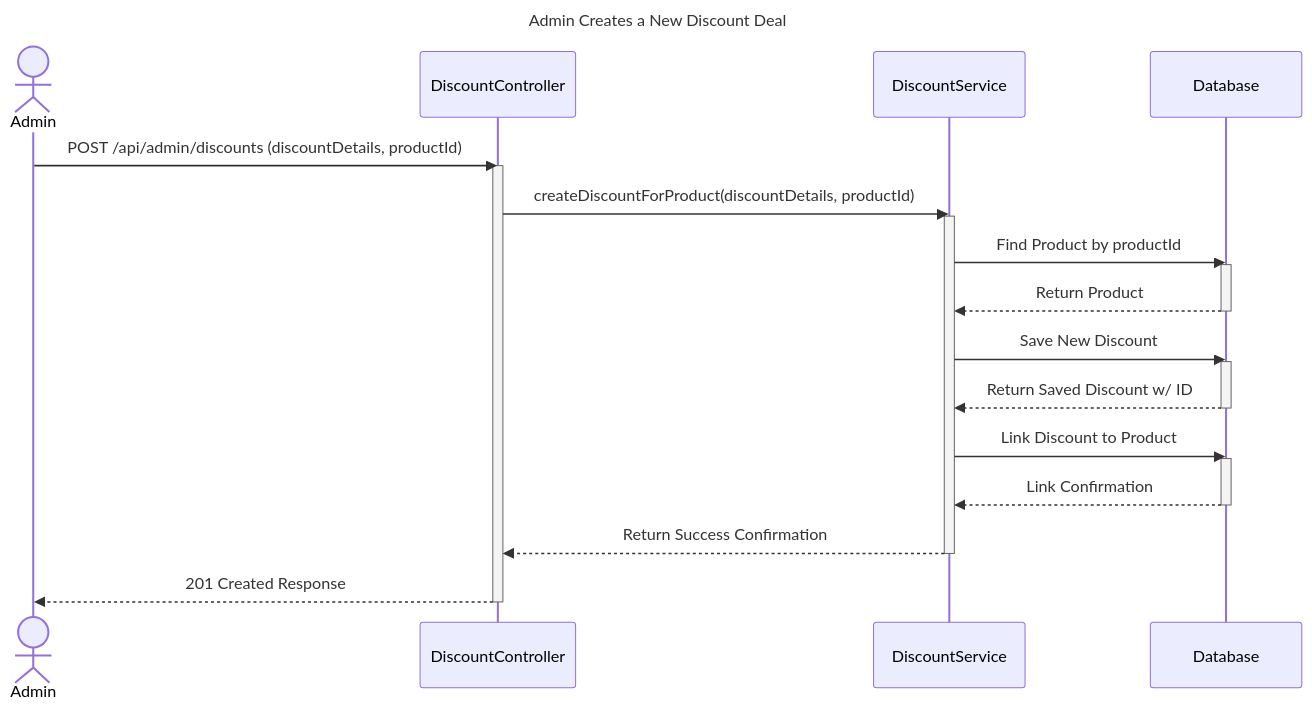
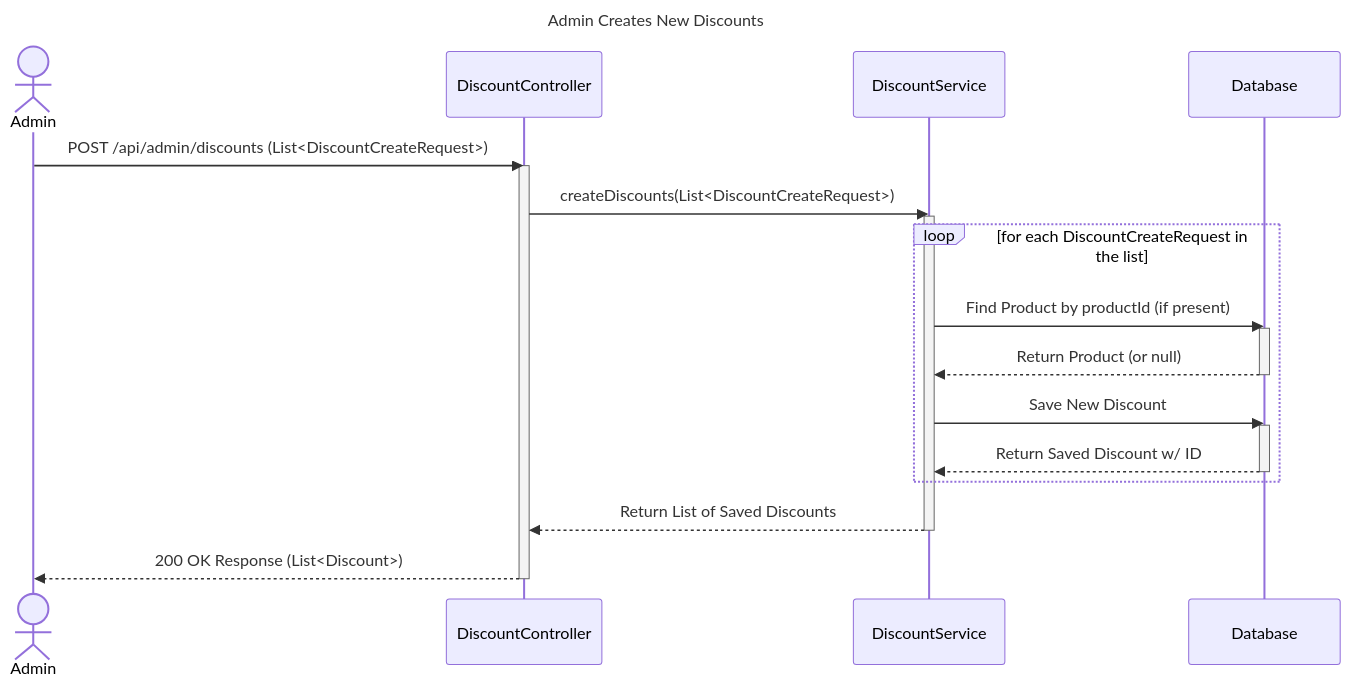
One commit to ngaikkeung/electronic-store-checkout-backend changed the diagram in degisn/diagram/sequence/admin_create_discount.mmd. Above: the diagram before and after it, drawn with Mermaid. The commit also changed 1 other file, not shown here.

Commit message:
Update sequence diagram

```diff
--- a/degisn/diagram/sequence/admin_create_discount.mmd
+++ b/degisn/diagram/sequence/admin_create_discount.mmd
@@ -1,34 +1,31 @@
 sequenceDiagram
-    title Admin Creates a New Discount Deal
+    title Admin Creates New Discounts
 
     actor Admin
     participant DiscountController
     participant DiscountService
     participant Database
 
-    Admin->>DiscountController: POST /api/admin/discounts (discountDetails, productId)
+    Admin->>DiscountController: POST /api/admin/discounts (List<DiscountCreateRequest>)
     activate DiscountController
 
-    DiscountController->>DiscountService: createDiscountForProduct(discountDetails, productId)
+    DiscountController->>DiscountService: createDiscounts(List<DiscountCreateRequest>)
     activate DiscountService
 
-    DiscountService->>Database: Find Product by productId
-    activate Database
-    Database-->>DiscountService: Return Product
-    deactivate Database
+    loop for each DiscountCreateRequest in the list
+        DiscountService->>Database: Find Product by productId (if present)
+        activate Database
+        Database-->>DiscountService: Return Product (or null)
+        deactivate Database
 
-    DiscountService->>Database: Save New Discount
-    activate Database
-    Database-->>DiscountService: Return Saved Discount w/ ID
-    deactivate Database
+        DiscountService->>Database: Save New Discount
+        activate Database
+        Database-->>DiscountService: Return Saved Discount w/ ID
+        deactivate Database
+    end
 
-    DiscountService->>Database: Link Discount to Product
-    activate Database
-    Database-->>DiscountService: Link Confirmation
-    deactivate Database
-
-    DiscountService-->>DiscountController: Return Success Confirmation
+    DiscountService-->>DiscountController: Return List of Saved Discounts
     deactivate DiscountService
 
-    DiscountController-->>Admin: 201 Created Response
+    DiscountController-->>Admin: 200 OK Response (List<Discount>)
     deactivate DiscountController
```
